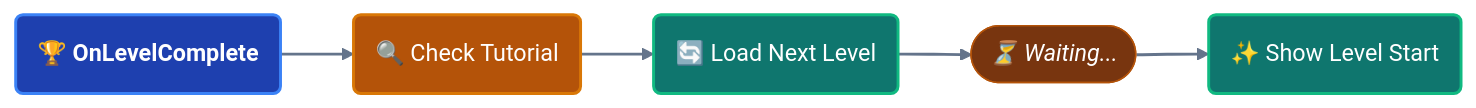
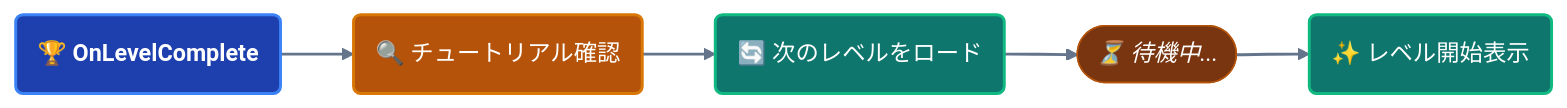
One commit to tinygiants-tech/TinyGiants changed the sixth of 6 diagrams in i18n/ja/docusaurus-plugin-content-docs/current/game-event-system/flow-graph/game-event-node-behavior.md. Above: the diagram before and after it, drawn with Mermaid. The commit also changed other lines of this file and 81 other files, not shown here.

````diff
--- a/i18n/ja/docusaurus-plugin-content-docs/current/game-event-system/flow-graph/game-event-node-behavior.md
+++ b/i18n/ja/docusaurus-plugin-content-docs/current/game-event-system/flow-graph/game-event-node-behavior.md
@@ -563,31 +536,20 @@
 ```mermaid
 graph LR
-    %% 节点定义：保持实心配色，增加亮色边框适配黑白模式
     A("🏆 OnLevelComplete"):::event
-    B("🔍 Check Tutorial"):::cond
-    C("🔄 Load Next Level"):::action
-    D(["⏳ Waiting..."]):::wait
-    E("✨ Show Level Start"):::action
+    B("🔍 チュートリアル確認"):::cond
+    C("🔄 次のレベルをロード"):::action
+    D(["⏳ 待機中..."]):::wait
+    E("✨ レベル開始表示"):::action
 
-    %% 串行路径：将元数据(条件/时间)放在连线上
     A --> B
     B --> C
     C --> D
     D --> E
 
-    %% --- 样式定义 (保持实心质感) ---
-    %% Event: 深蓝
     classDef event fill:#1e40af,stroke:#3b82f6,stroke-width:2px,color:#ffffff,font-weight:bold
-    
-    %% Condition: 琥珀色
     classDef cond fill:#b45309,stroke:#d97706,stroke-width:2px,color:#ffffff
-    
-    %% Action: 深绿
     classDef action fill:#0f766e,stroke:#10b981,stroke-width:2px,color:#ffffff
-    
-    %% Wait: 虚线胶囊感，代表中间态
     classDef wait fill:#78350f,stroke:#b45309,stroke-width:1px,color:#ffffff,font-style:italic
 
-    %% 连线：中性灰，在黑白主题下表现稳定
     linkStyle default stroke:#64748b,stroke-width:2px,color:#64748b,font-size:11px
 ```
````
